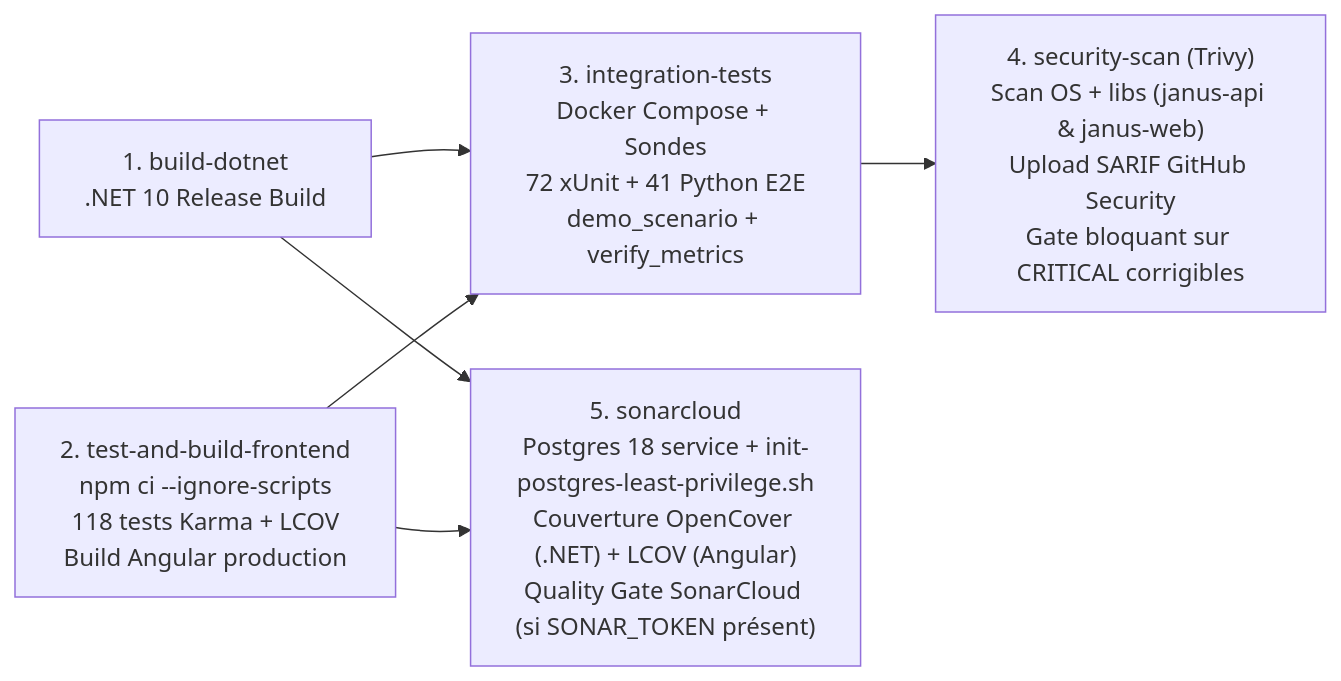
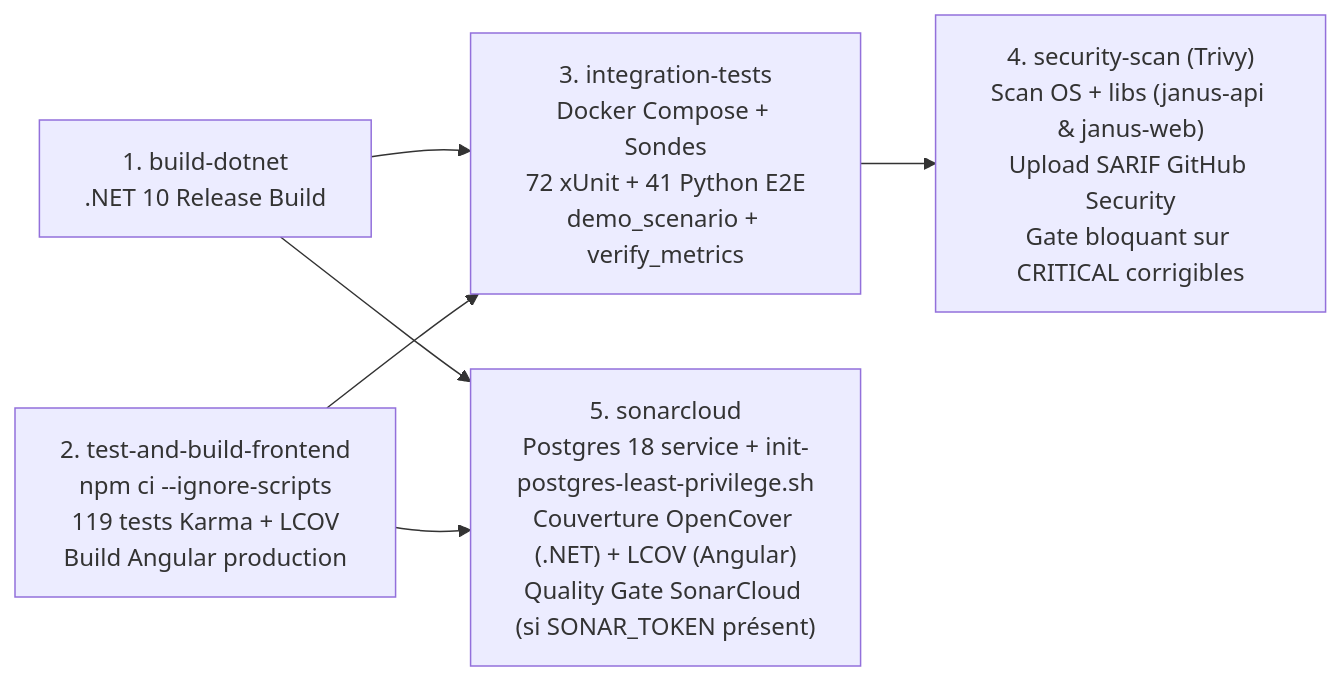
One commit to nacefmoula/janus-rfid-platform changed the third of 3 diagrams in README.md. Above: the diagram before and after it, drawn with Mermaid. The commit also changed other lines of this file and 12 other files, not shown here.

````diff
--- a/README.md
+++ b/README.md
@@ -596,8 +614,8 @@
 ```mermaid
 flowchart LR
     J1["1. build-dotnet\n.NET 10 Release Build"] --> J3["3. integration-tests\nDocker Compose + Sondes\n72 xUnit + 41 Python E2E\ndemo_scenario + verify_metrics"]
-    J2["2. test-and-build-frontend\nnpm ci --ignore-scripts\n118 tests Karma + LCOV\nBuild Angular production"] --> J3
+    J2["2. test-and-build-frontend\nnpm ci --ignore-scripts\n119 tests Karma + LCOV\nBuild Angular production"] --> J3
     J3 --> J4["4. security-scan (Trivy)\nScan OS + libs (janus-api & janus-web)\nUpload SARIF GitHub Security\nGate bloquant sur CRITICAL corrigibles"]
     J1 --> J5["5. sonarcloud\nPostgres 18 service + init-postgres-least-privilege.sh\nCouverture OpenCover (.NET) + LCOV (Angular)\nQuality Gate SonarCloud (si SONAR_TOKEN présent)"]
     J2 --> J5
 ```
````
